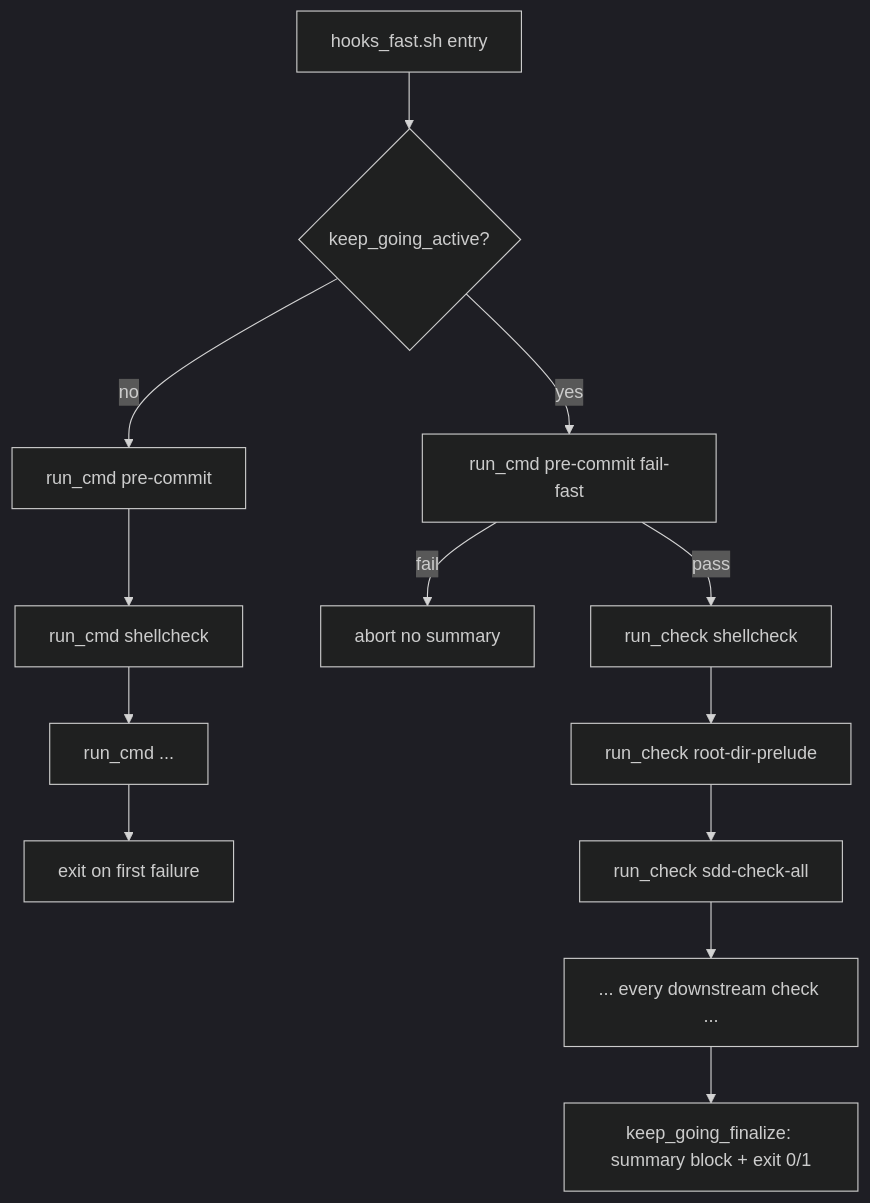
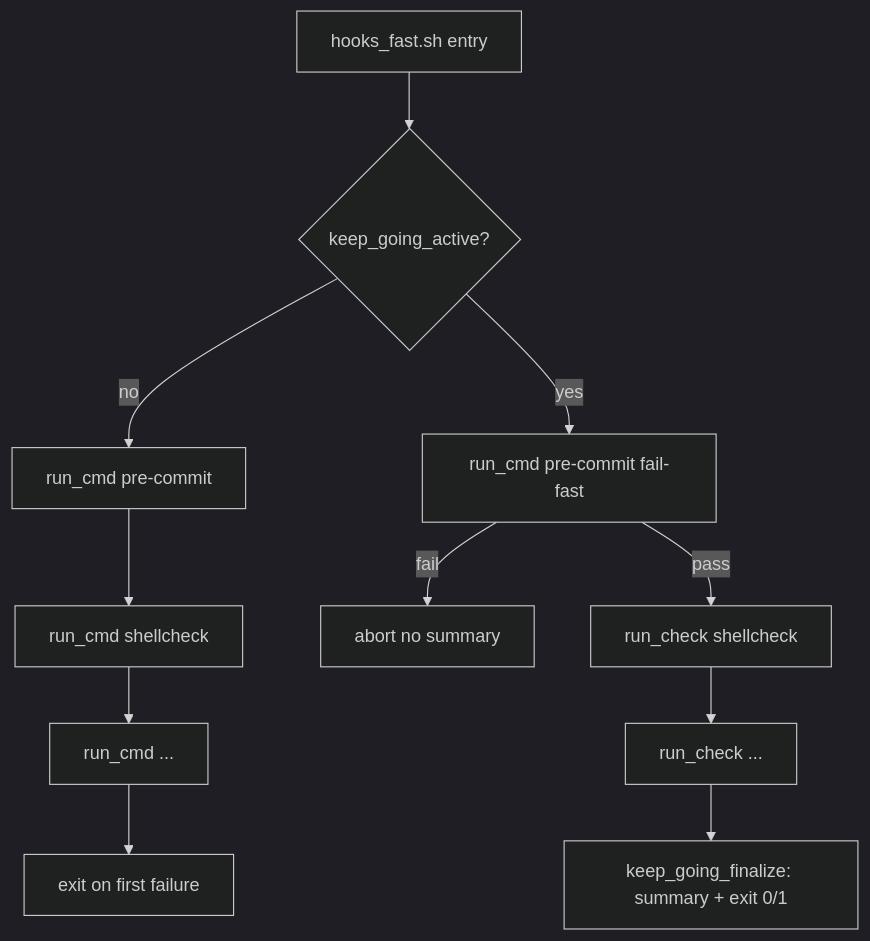
The first of 2 diagrams in docs/blueprint/architecture/decisions/ADR-20260428-quality-hooks-keep-going-mode.md (sbonoc/stackit-platform-blueprint), drawn with Mermaid (dark theme) before and after one commit. The commit also changed other lines of this file and 6 other files, not shown here.

````diff
--- a/docs/blueprint/architecture/decisions/ADR-20260428-quality-hooks-keep-going-mode.md
+++ b/docs/blueprint/architecture/decisions/ADR-20260428-quality-hooks-keep-going-mode.md
@@ -148,12 +264,8 @@
 ```mermaid
 flowchart TD
     A[hooks_fast.sh entry] --> B{keep_going_active?}
     B -- no --> C[run_cmd pre-commit] --> D[run_cmd shellcheck] --> E[run_cmd ...] --> Z[exit on first failure]
     B -- yes --> F[run_cmd pre-commit fail-fast]
     F -- fail --> Y[abort no summary]
-    F -- pass --> G[run_check shellcheck]
-    G --> H[run_check root-dir-prelude]
-    H --> I[run_check sdd-check-all]
-    I --> J[... every downstream check ...]
-    J --> K[keep_going_finalize: summary block + exit 0/1]
+    F -- pass --> G[run_check shellcheck] --> H[run_check ...] --> KGF[keep_going_finalize: summary + exit 0/1]
 ```
````
